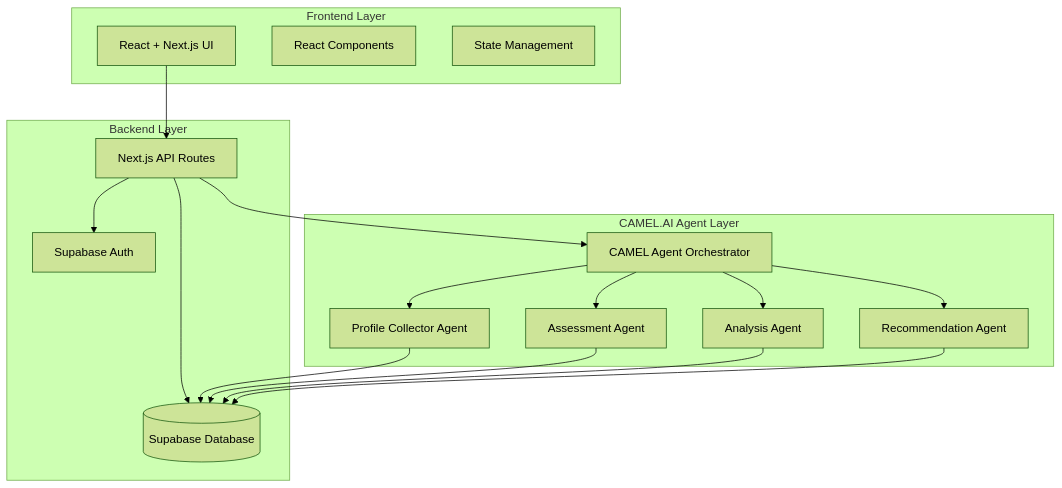
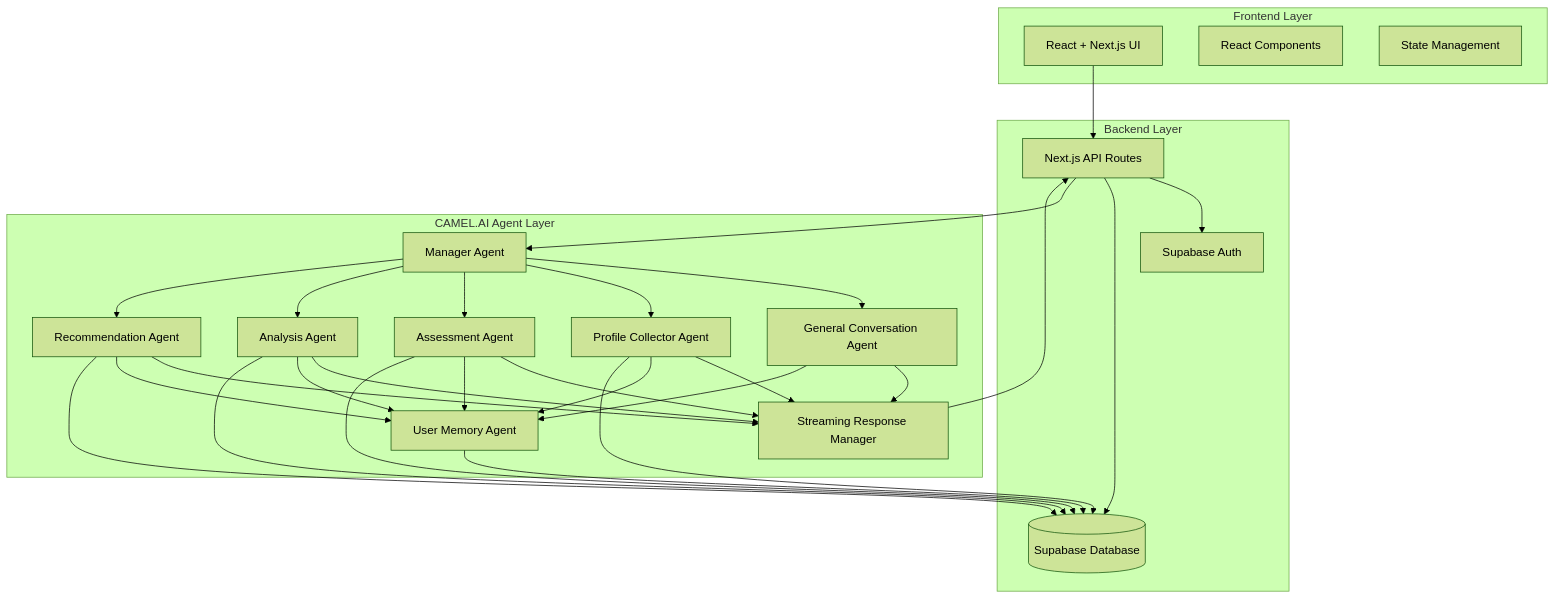
Before and after one commit to Lee999996/ezworking: the first of 3 diagrams in .kiro/specs/career-positioning/design.md, drawn with Mermaid (forest theme). The commit also changed other lines of this file and 22 other files, not shown here.

````diff
--- a/.kiro/specs/career-positioning/design.md
+++ b/.kiro/specs/career-positioning/design.md
@@ -11,37 +11,54 @@
 ```mermaid
 graph TB
     subgraph "Frontend Layer"
         UI[React + Next.js UI]
         Components[React Components]
         State[State Management]
     end
     
     subgraph "Backend Layer"
         API[Next.js API Routes]
         Auth[Supabase Auth]
         DB[(Supabase Database)]
     end
     
     subgraph "CAMEL.AI Agent Layer"
-        Orchestrator[CAMEL Agent Orchestrator]
+        ManagerAgent[Manager Agent]
+        ConversationAgent[General Conversation Agent]
+        MemoryAgent[User Memory Agent]
         ProfileAgent[Profile Collector Agent]
         AssessmentAgent[Assessment Agent]
         AnalysisAgent[Analysis Agent]
         RecommendationAgent[Recommendation Agent]
+        StreamManager[Streaming Response Manager]
     end
     
     UI --> API
     API --> Auth
     API --> DB
-    API --> Orchestrator
+    API --> ManagerAgent
+    ManagerAgent --> ConversationAgent
+    ManagerAgent --> ProfileAgent
+    ManagerAgent --> AssessmentAgent
+    ManagerAgent --> AnalysisAgent
+    ManagerAgent --> RecommendationAgent
     
-    Orchestrator --> ProfileAgent
-    Orchestrator --> AssessmentAgent
-    Orchestrator --> AnalysisAgent
-    Orchestrator --> RecommendationAgent
+    ConversationAgent --> StreamManager
+    ProfileAgent --> StreamManager
+    AssessmentAgent --> StreamManager
+    AnalysisAgent --> StreamManager
+    RecommendationAgent --> StreamManager
+    StreamManager --> API
+    
+    ConversationAgent --> MemoryAgent
+    ProfileAgent --> MemoryAgent
+    AssessmentAgent --> MemoryAgent
+    AnalysisAgent --> MemoryAgent
+    RecommendationAgent --> MemoryAgent
+    MemoryAgent --> DB
     
     ProfileAgent --> DB
     AssessmentAgent --> DB
     AnalysisAgent --> DB
     RecommendationAgent --> DB
 ```
````
